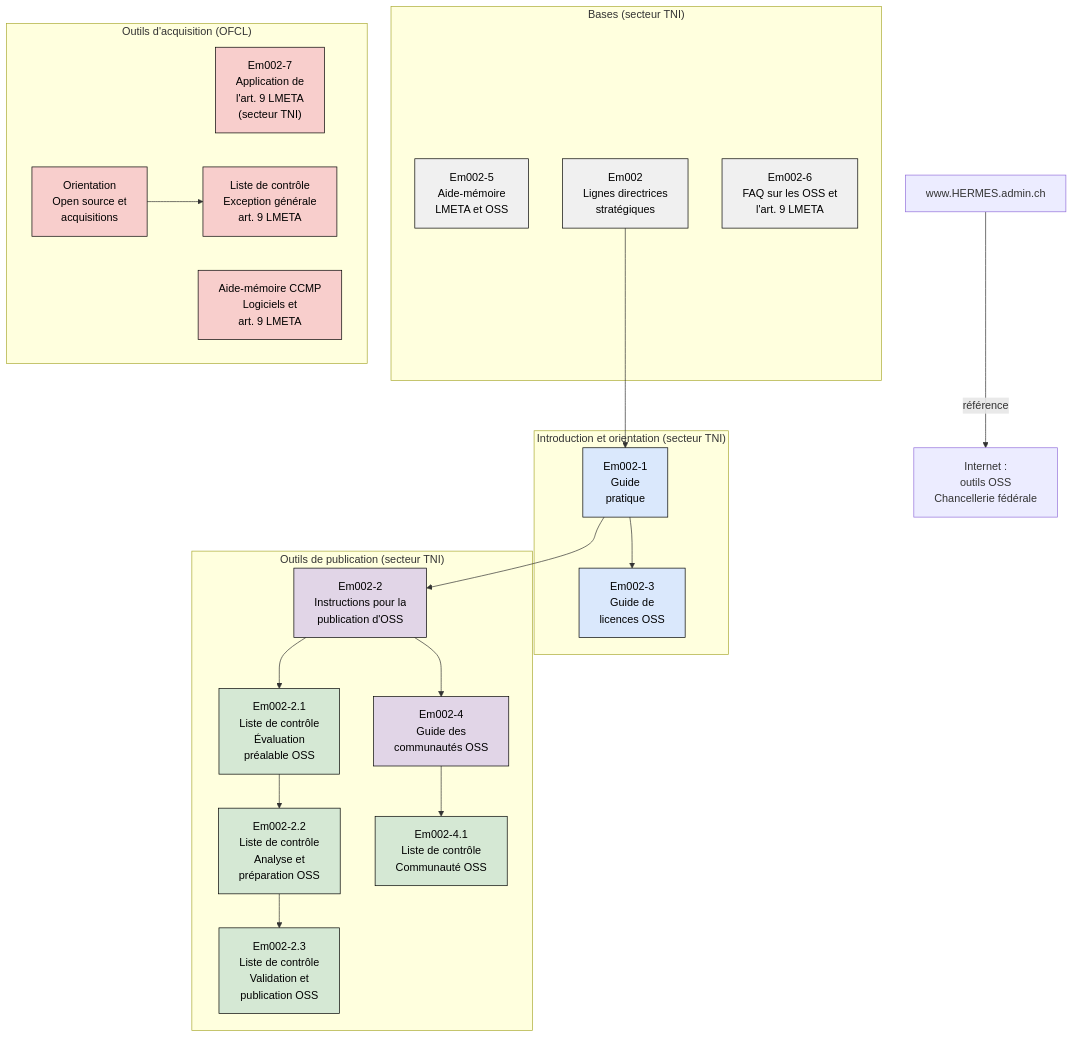
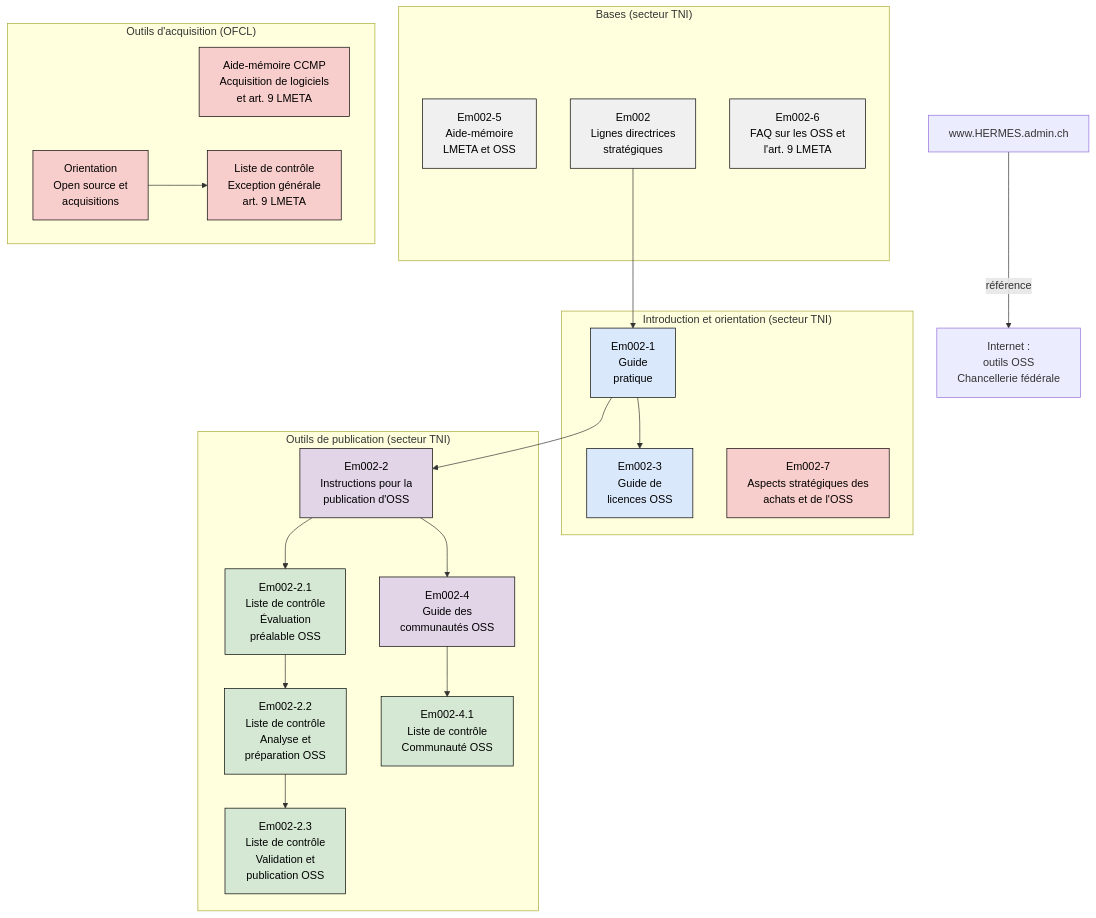
One commit to 736-c41-2c1-e464fc974/opensource-guidelines changed the diagram in docs/partials/document-map.fr.adoc. Above: the diagram before and after it, drawn with Mermaid. The commit also changed 4 other files, not shown here.

```diff
--- a/docs/partials/document-map.fr.adoc
+++ b/docs/partials/document-map.fr.adoc
@@ -2,55 +2,55 @@
 [mermaid,align="center",alt="Vue d'ensemble des outils OSS en lien avec l'art. 9 LMETA"]
 ....
 flowchart TD
     subgraph FUND["Bases (secteur TNI)"]
         EM0025["Em002-5<br/>Aide-mémoire<br/>LMETA et OSS"]
         EM002["Em002<br/>Lignes directrices<br/>stratégiques"]
         EM0026["Em002-6<br/>FAQ sur les OSS et<br/>l'art. 9 LMETA"]
     end
 
     subgraph INTRO["Introduction et orientation (secteur TNI)"]
         EM0021["Em002-1<br/>Guide<br/>pratique"]
         EM0023["Em002-3<br/>Guide de<br/>licences OSS"]
+        EM0027["Em002-7<br/>Aspects stratégiques des<br/>achats et de l'OSS"]
     end
 
     subgraph PUB["Outils de publication (secteur TNI)"]
         EM0022["Em002-2<br/>Instructions pour la<br/>publication d'OSS"]
         EM0024["Em002-4<br/>Guide des<br/>communautés OSS"]
         CL21["Em002-2.1<br/>Liste de contrôle<br/>Évaluation<br/>préalable OSS"]
         CL22["Em002-2.2<br/>Liste de contrôle<br/>Analyse et<br/>préparation OSS"]
         CL23["Em002-2.3<br/>Liste de contrôle<br/>Validation et<br/>publication OSS"]
         CL41["Em002-4.1<br/>Liste de contrôle<br/>Communauté OSS"]
     end
 
     subgraph PROC["Outils d'acquisition (OFCL)"]
-        EM0027["Em002-7<br/>Application de<br/>l'art. 9 LMETA<br/>(secteur TNI)"]
-        KBB["Aide-mémoire CCMP<br/>Logiciels et<br/>art. 9 LMETA"]
+        KBB["Aide-mémoire CCMP<br/>Acquisition de logiciels<br/>et art. 9 LMETA"]
         ORI["Orientation<br/>Open source et<br/>acquisitions"]
         CLEX["Liste de contrôle<br/>Exception générale<br/>art. 9 LMETA"]
     end
 
     HERMES["www.HERMES.admin.ch"]
     FCHOSS["Internet :<br/>outils OSS<br/>Chancellerie fédérale"]
 
     EM002 --> EM0021
     EM0021 --> EM0023
     EM0021 --> EM0022
     EM0022 --> EM0024
     EM0022 --> CL21
     CL21 --> CL22
     CL22 --> CL23
     EM0024 --> CL41
     ORI --> CLEX
     HERMES -->|"référence"| FCHOSS
 
     classDef fund fill:#f0f0f0,stroke:#000000,color:#000000
     classDef intro fill:#dae8fc,stroke:#000000,color:#000000
     classDef pub fill:#e1d5e7,stroke:#000000,color:#000000
     classDef check fill:#d5e8d4,stroke:#000000,color:#000000
     classDef proc fill:#f8cecc,stroke:#000000,color:#000000
     class EM002,EM0025,EM0026 fund
     class EM0021,EM0023 intro
     class EM0022,EM0024 pub
     class CL21,CL22,CL23,CL41 check
     class EM0027,KBB,ORI,CLEX proc
 ....
```
